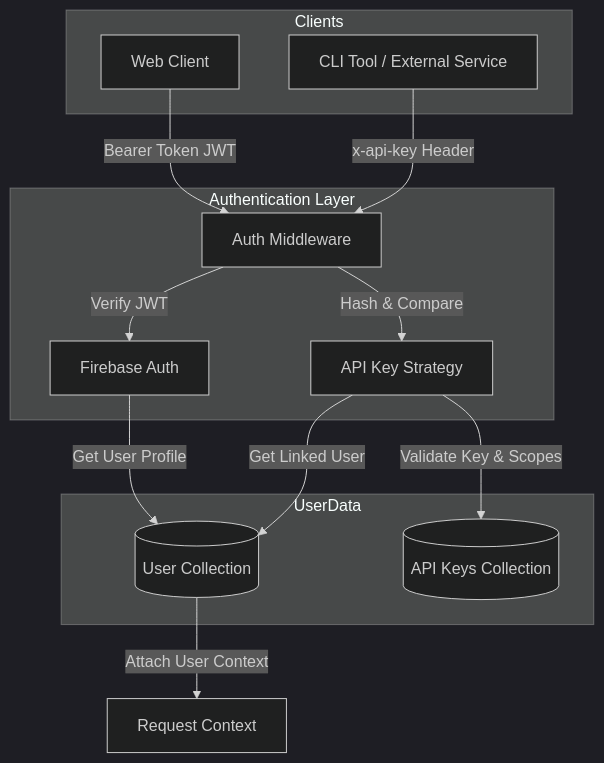
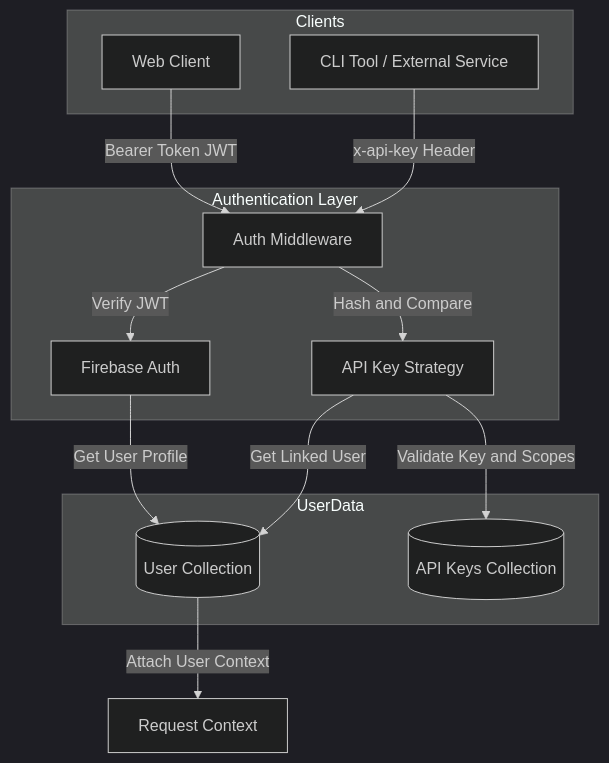
Before and after one commit to nishuns/taughtcode-server: the second of 5 diagrams in docs/architecture/erd.md, drawn with Mermaid (dark theme). The commit also changed other lines of this file, not shown here.

Commit message:
fix(docs): resolve all mermaid syntax errors by using strict standard keywords

````diff
--- a/docs/architecture/erd.md
+++ b/docs/architecture/erd.md
@@ -87,30 +87,30 @@
 ```mermaid
 flowchart TD
     subgraph Clients
         Web[Web Client]
         CLI[CLI Tool / External Service]
     end
 
     subgraph AuthLayer [Authentication Layer]
         AuthMiddleware[Auth Middleware]
         FirebaseAuth[Firebase Auth]
         APIKeyAuth[API Key Strategy]
     end
 
     subgraph UserData
         UserDB[(User Collection)]
         KeyDB[(API Keys Collection)]
     end
 
     Web -->|Bearer Token JWT| AuthMiddleware
     CLI -->|x-api-key Header| AuthMiddleware
 
     AuthMiddleware -->|Verify JWT| FirebaseAuth
-    AuthMiddleware -->|Hash & Compare| APIKeyAuth
+    AuthMiddleware -->|Hash and Compare| APIKeyAuth
 
     FirebaseAuth -->|Get User Profile| UserDB
-    APIKeyAuth -->|Validate Key & Scopes| KeyDB
+    APIKeyAuth -->|Validate Key and Scopes| KeyDB
     APIKeyAuth -->|Get Linked User| UserDB
 
     UserDB -->|Attach User Context| RequestContext[Request Context]
 ```
````
